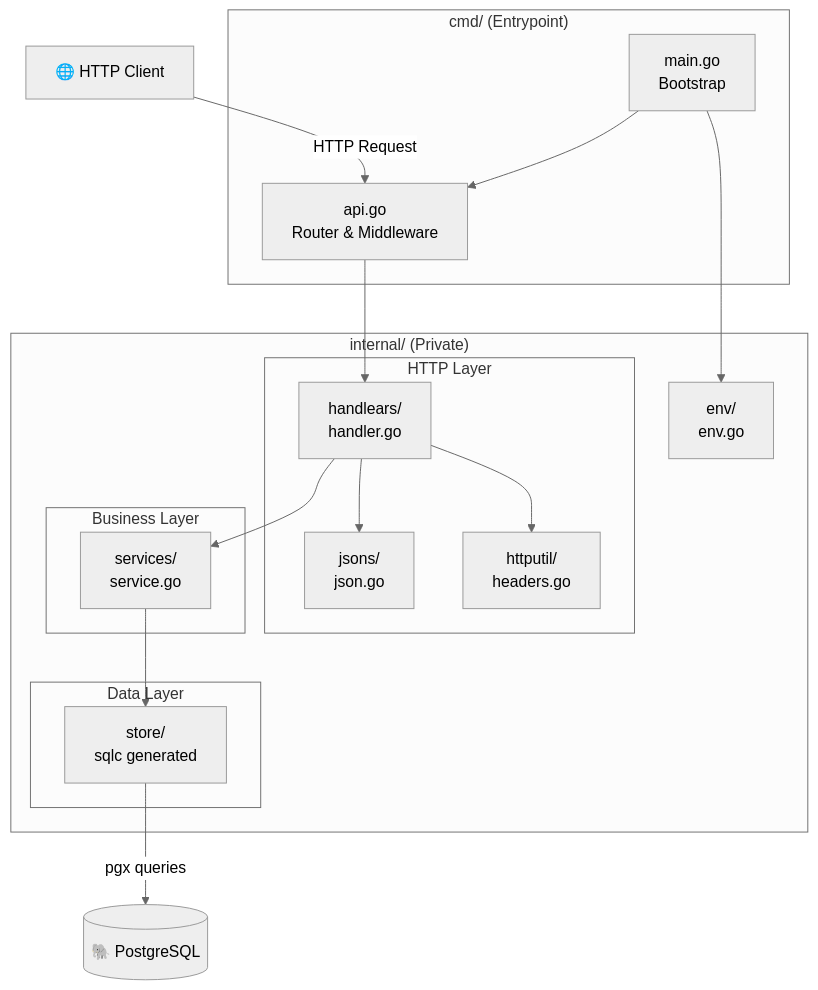
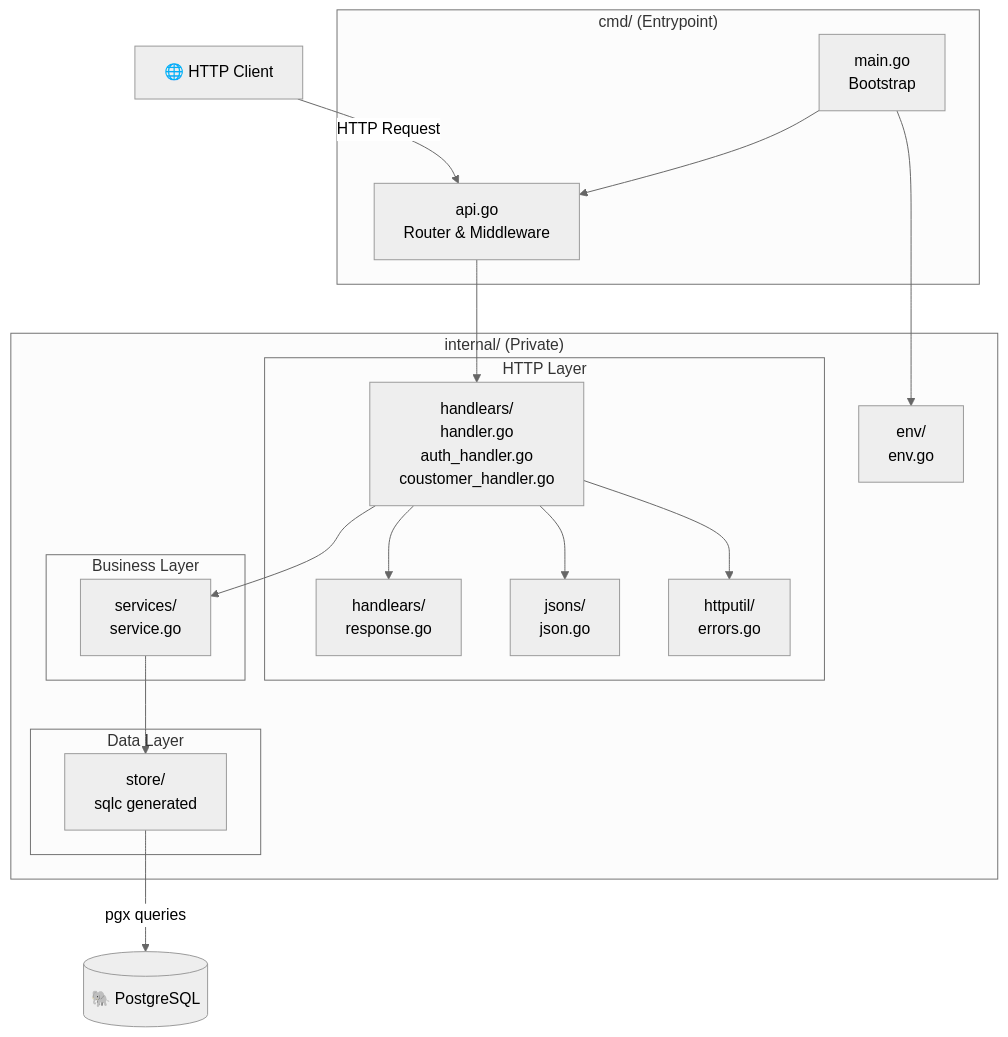
One commit to nalin360/go_backend changed the first of 5 diagrams in docs/architecture.md. Above: the diagram before and after it, drawn with Mermaid (neutral theme). The commit also changed other lines of this file and 8 other files, not shown here.

Commit message:
feat: implement JWT-based authentication and bcrypt password hashing with refactored customer handlers and response DTOs.

````diff
--- a/docs/architecture.md
+++ b/docs/architecture.md
@@ -149,39 +159,41 @@
 ```mermaid
 graph TD
     Client["🌐 HTTP Client"]
 
     subgraph CMD["cmd/ (Entrypoint)"]
         Main["main.go<br/>Bootstrap"]
         API["api.go<br/>Router & Middleware"]
     end
 
     subgraph INTERNAL["internal/ (Private)"]
         subgraph HTTP_LAYER["HTTP Layer"]
-            Handlers["handlears/<br/>handler.go"]
+            Handlers["handlears/<br/>handler.go<br/>auth_handler.go<br/>coustomer_handler.go"]
+            ResponseDTO["handlears/<br/>response.go"]
             JSON["jsons/<br/>json.go"]
-            HTTPUtil["httputil/<br/>headers.go"]
+            HTTPUtil["httputil/<br/>errors.go"]
         end
 
         subgraph BIZ_LAYER["Business Layer"]
             Services["services/<br/>service.go"]
         end
 
         subgraph DATA_LAYER["Data Layer"]
             Store["store/<br/>sqlc generated"]
         end
 
         ENV["env/<br/>env.go"]
     end
 
     DB[("🐘 PostgreSQL")]
 
     Client -->|"HTTP Request"| API
     Main --> API
     Main --> ENV
     API --> Handlers
     Handlers --> Services
+    Handlers --> ResponseDTO
     Handlers --> JSON
     Handlers --> HTTPUtil
     Services --> Store
     Store -->|"pgx queries"| DB
 ```
````
